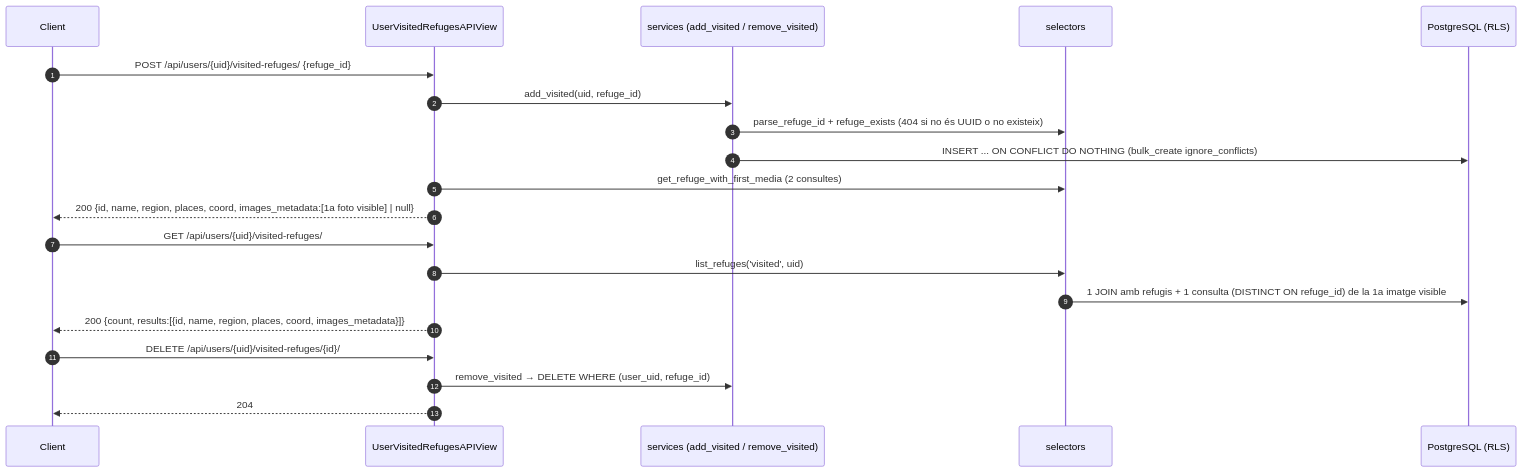
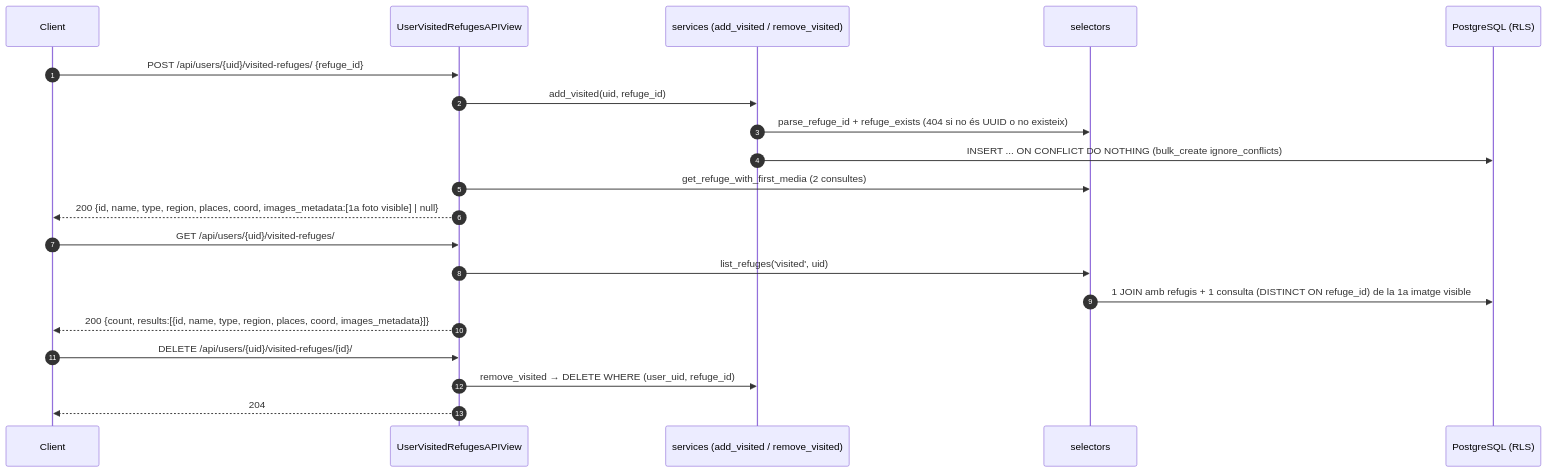
One commit to jordirev/RefugisLliures_Backend changed the diagram in docs/flows/10-favourite-visited.md. Above: the diagram before and after it, drawn with Mermaid. The commit also changed 4 other files, not shown here.

````diff
--- a/docs/flows/10-favourite-visited.md
+++ b/docs/flows/10-favourite-visited.md
@@ -19,25 +19,25 @@
 ```mermaid
 sequenceDiagram
     autonumber
     participant C as Client
     participant V as UserVisitedRefugesAPIView
     participant S as services (add_visited / remove_visited)
     participant SEL as selectors
     participant DB as PostgreSQL (RLS)
 
     C->>V: POST /api/users/{uid}/visited-refuges/ {refuge_id}
     V->>S: add_visited(uid, refuge_id)
     S->>SEL: parse_refuge_id + refuge_exists (404 si no és UUID o no existeix)
     S->>DB: INSERT ... ON CONFLICT DO NOTHING (bulk_create ignore_conflicts)
     V->>SEL: get_refuge_with_first_media (2 consultes)
-    V-->>C: 200 {id, name, region, places, coord, images_metadata:[1a foto visible] | null}
+    V-->>C: 200 {id, name, type, region, places, coord, images_metadata:[1a foto visible] | null}
 
     C->>V: GET /api/users/{uid}/visited-refuges/
     V->>SEL: list_refuges('visited', uid)
     SEL->>DB: 1 JOIN amb refugis + 1 consulta (DISTINCT ON refuge_id) de la 1a imatge visible
-    V-->>C: 200 {count, results:[{id, name, region, places, coord, images_metadata}]}
+    V-->>C: 200 {count, results:[{id, name, type, region, places, coord, images_metadata}]}
 
     C->>V: DELETE /api/users/{uid}/visited-refuges/{id}/
     V->>S: remove_visited → DELETE WHERE (user_uid, refuge_id)
     V-->>C: 204
 ```
````
